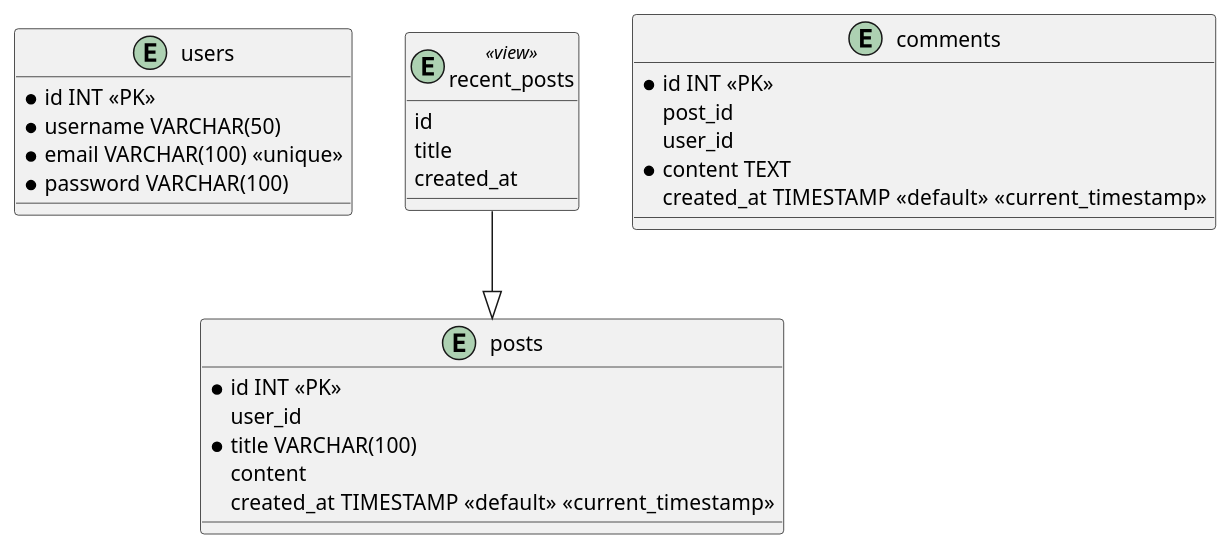
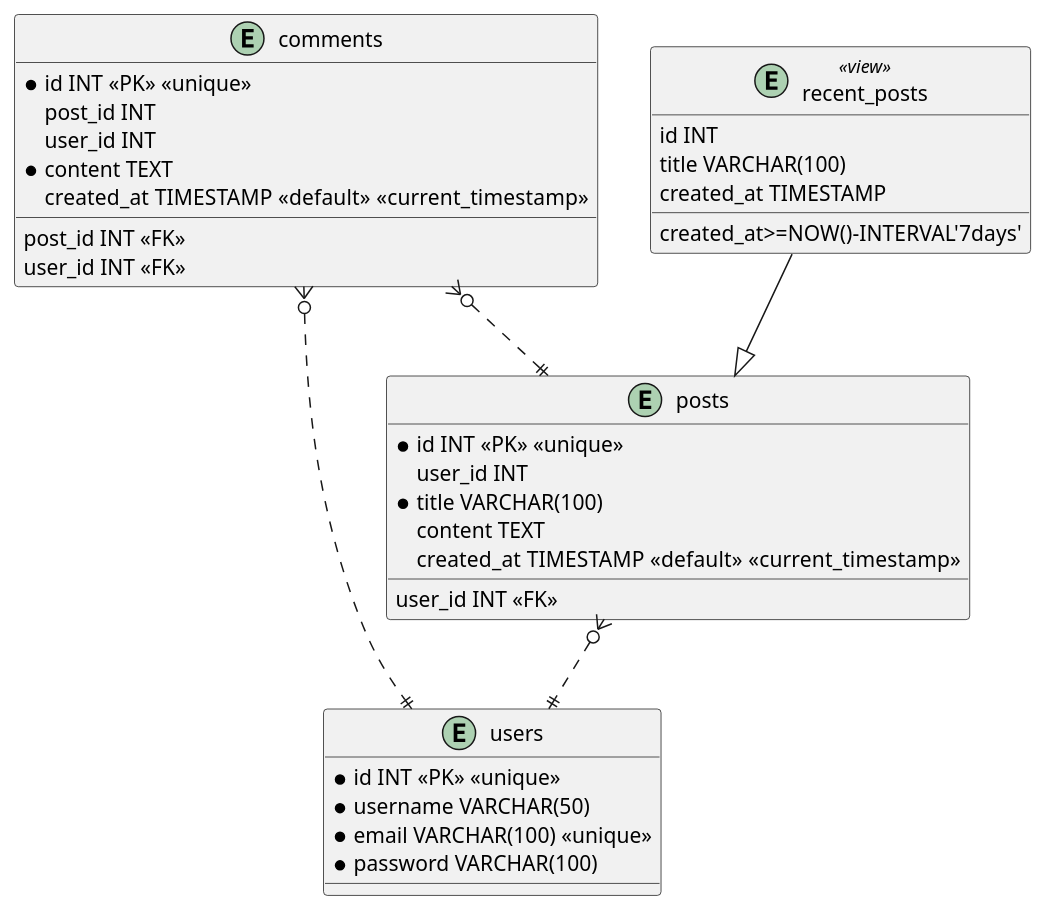
The diagram in output/outputdiagram.puml (jsromero98/ddl2umltranslator), drawn with PlantUML before and after one commit. The commit also changed 9 other files, not shown here.

```diff
--- a/output/outputdiagram.puml
+++ b/output/outputdiagram.puml
@@ -1,33 +1,43 @@
 @startuml 
 entity users { 
-{field}* id INT << PK >> 
+{field}* id INT << PK >> << unique >> 
 {field}* username VARCHAR(50) 
 {field}* email VARCHAR(100) << unique >>  
 {field}* password VARCHAR(100) 
 } 
  
+ 
 entity posts { 
-{field}* id INT << PK >> 
-{field}user_id 
+{field}* id INT << PK >> << unique >> 
+{field}user_id INT 
 {field}* title VARCHAR(100) 
-{field}content 
+{field}content TEXT 
 {field}created_at TIMESTAMP << default >>  << current_timestamp >>  
+{method} user_id INT <<FK>> 
 } 
  
+posts }o..|| users 
+ 
 entity comments { 
-{field}* id INT << PK >> 
-{field}post_id 
-{field}user_id 
+{field}* id INT << PK >> << unique >> 
+{field}post_id INT 
+{field}user_id INT 
 {field}* content TEXT 
 {field}created_at TIMESTAMP << default >>  << current_timestamp >>  
+{method} post_id INT <<FK>> 
+{method} user_id INT <<FK>> 
 } 
  
+comments }o..|| posts 
+comments }o..|| users 
+ 
 entity recent_posts << view >> { 
-{field} id 
-{field} title 
-{field} created_at 
+{field} id INT 
+{field} title VARCHAR(100) 
+{field} created_at TIMESTAMP 
+{method} created_at>=NOW()-INTERVAL'7days' 
 } 
  
  recent_posts --|> posts 
- 
+
  @enduml
```
